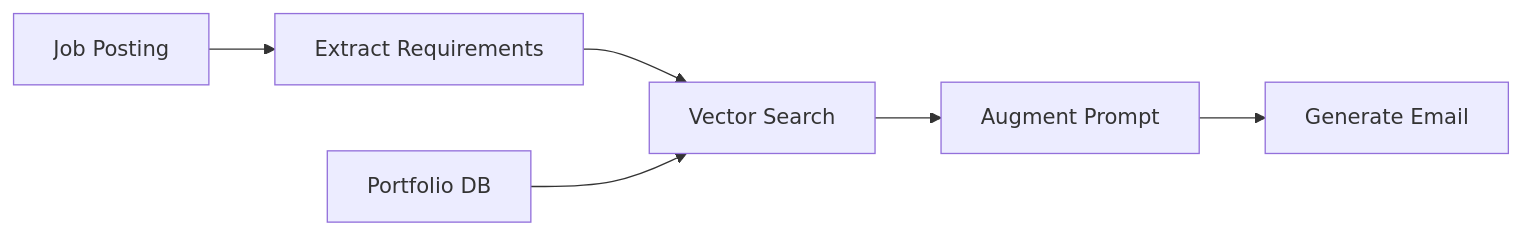
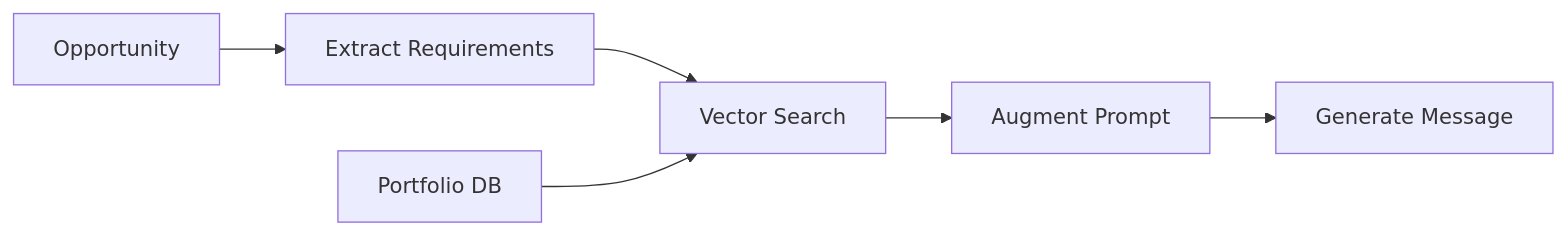
The diagram in README.md (harmeetlotay96/Cold_Emails_Generator), drawn with Mermaid before and after one commit. The commit also changed other lines of this file, not shown here.

````diff
--- a/README.md
+++ b/README.md
@@ -46,8 +46,8 @@
 ```mermaid
 graph LR
-    A[Job Posting] --> B[Extract Requirements]
+    A[Opportunity] --> B[Extract Requirements]
     B --> C[Vector Search]
     D[Portfolio DB] --> C
     C --> E[Augment Prompt]
-    E --> F[Generate Email]
+    E --> F[Generate Message]
 ```
````
